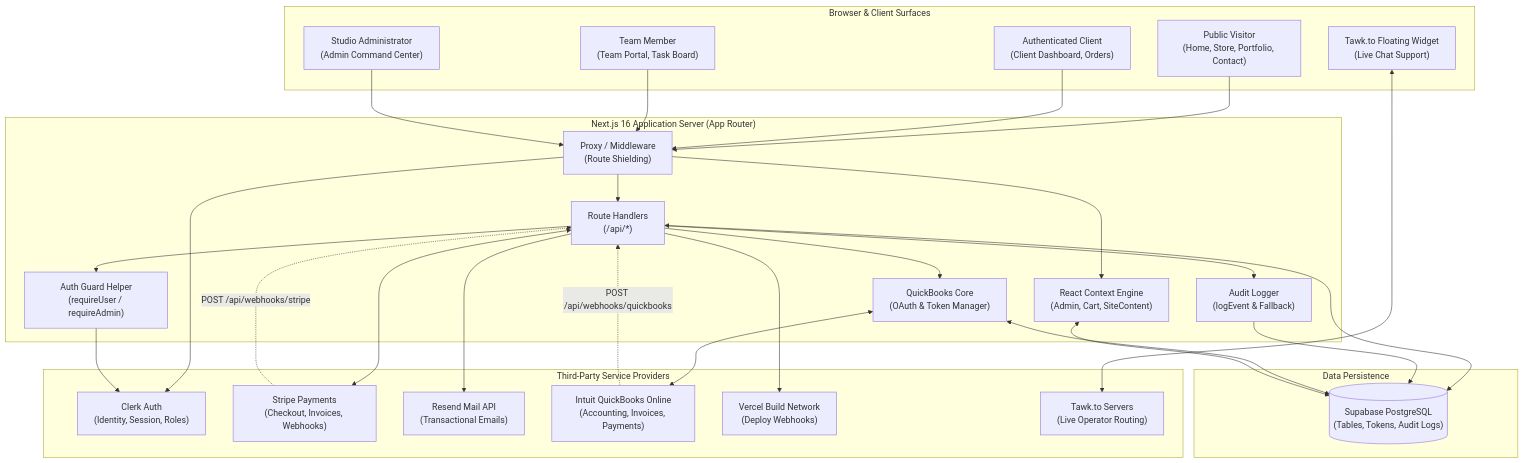
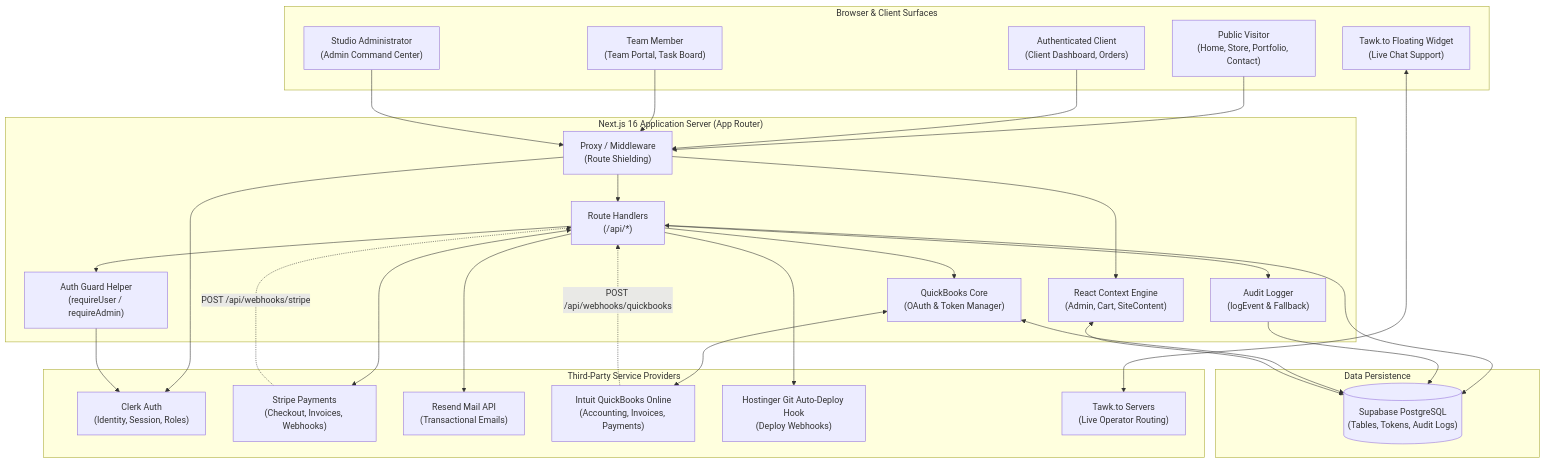
One commit to nominoom/EternalsStudio changed the first of 17 diagrams in COMMUNICATION_ARCHITECTURE.md. Above: the diagram before and after it, drawn with Mermaid. The commit also changed other lines of this file and 10 other files, not shown here.

````diff
--- a/COMMUNICATION_ARCHITECTURE.md
+++ b/COMMUNICATION_ARCHITECTURE.md
@@ -15,66 +15,66 @@
 ```mermaid
 flowchart TB
     subgraph Clients["Browser & Client Surfaces"]
         Visitor["Public Visitor\n(Home, Store, Portfolio, Contact)"]
         ClientUser["Authenticated Client\n(Client Dashboard, Orders)"]
         TeamUser["Team Member\n(Team Portal, Task Board)"]
         AdminUser["Studio Administrator\n(Admin Command Center)"]
         ChatWidget["Tawk.to Floating Widget\n(Live Chat Support)"]
     end
 
     subgraph AppServer["Next.js 16 Application Server (App Router)"]
         Proxy["Proxy / Middleware\n(Route Shielding)"]
         AuthLib["Auth Guard Helper\n(requireUser / requireAdmin)"]
         APIRoutes["Route Handlers\n(/api/*)"]
         ContextProviders["React Context Engine\n(Admin, Cart, SiteContent)"]
         LoggerLib["Audit Logger\n(logEvent & Fallback)"]
         QBLib["QuickBooks Core\n(OAuth & Token Manager)"]
     end
 
     subgraph ThirdParties["Third-Party Service Providers"]
         Clerk["Clerk Auth\n(Identity, Session, Roles)"]
         Stripe["Stripe Payments\n(Checkout, Invoices, Webhooks)"]
         Resend["Resend Mail API\n(Transactional Emails)"]
         QuickBooks["Intuit QuickBooks Online\n(Accounting, Invoices, Payments)"]
-        VercelHook["Vercel Build Network\n(Deploy Webhooks)"]
+        HostingerHook["Hostinger Git Auto-Deploy Hook\n(Deploy Webhooks)"]
         TawkCloud["Tawk.to Servers\n(Live Operator Routing)"]
     end
 
     subgraph DatabaseLayer["Data Persistence"]
         SupabaseDB[("Supabase PostgreSQL\n(Tables, Tokens, Audit Logs)")]
     end
 
     %% Client Interactions
     Visitor --> Proxy
     ClientUser --> Proxy
     TeamUser --> Proxy
     AdminUser --> Proxy
     ChatWidget <--> TawkCloud
 
     %% Proxy & Middleware
     Proxy --> Clerk
     Proxy --> APIRoutes
     Proxy --> ContextProviders
 
     %% Route Handlers to Auth & Libs
     APIRoutes --> AuthLib
     AuthLib --> Clerk
     APIRoutes --> LoggerLib
     APIRoutes --> QBLib
 
     %% App Server to Third Parties
     APIRoutes <--> Stripe
     APIRoutes --> Resend
-    APIRoutes --> VercelHook
+    APIRoutes --> HostingerHook
     QBLib <--> QuickBooks
 
     %% Data Layer
     APIRoutes <--> SupabaseDB
     LoggerLib --> SupabaseDB
     QBLib <--> SupabaseDB
     ContextProviders <--> SupabaseDB
 
     %% External Webhooks Inbound
     Stripe -.->|"POST /api/webhooks/stripe"| APIRoutes
     QuickBooks -.->|"POST /api/webhooks/quickbooks"| APIRoutes
 ```
````
